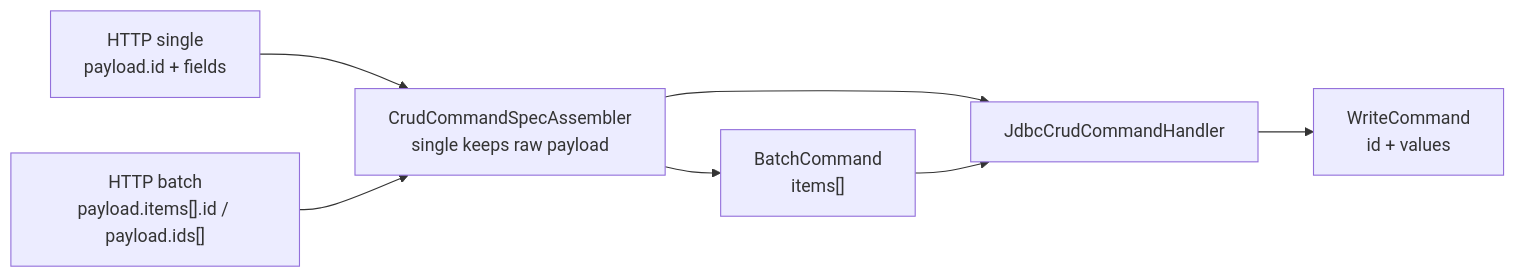
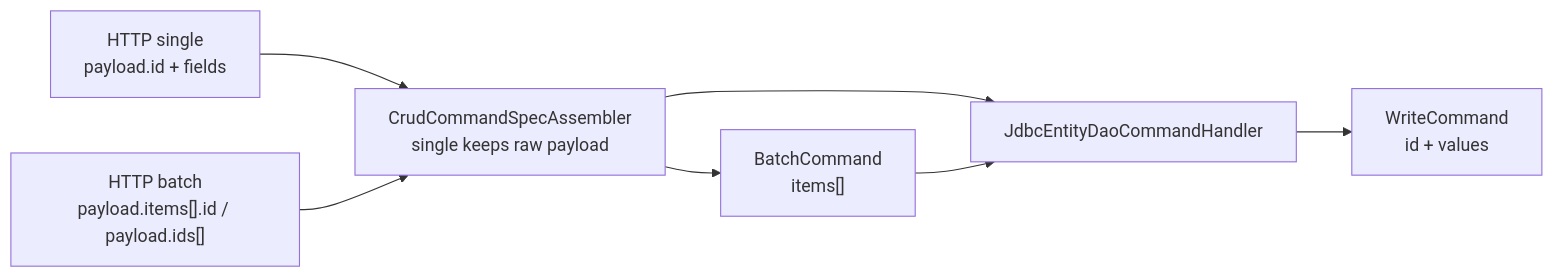
One commit to ent-loom/ent-loom changed the fourth of 4 diagrams in docs/architecture/components/crud/默认引擎.md. Above: the diagram before and after it, drawn with Mermaid. The commit also changed other lines of this file and 10 other files, not shown here.

````diff
--- a/docs/architecture/components/crud/默认引擎.md
+++ b/docs/architecture/components/crud/默认引擎.md
@@ -93,12 +97,12 @@
 ```mermaid
 flowchart LR
     httpSingle["HTTP single<br/>payload.id + fields"]
     httpBatch["HTTP batch<br/>payload.items[].id / payload.ids[]"]
     assembler["CrudCommandSpecAssembler<br/>single keeps raw payload"]
     write["WriteCommand<br/>id + values"]
     batch["BatchCommand<br/>items[]"]
-    jdbc["JdbcCrudCommandHandler"]
+    jdbc["JdbcEntityDaoCommandHandler"]
 
     httpSingle --> assembler --> jdbc --> write
     httpBatch --> assembler --> batch --> jdbc
 ```
````
